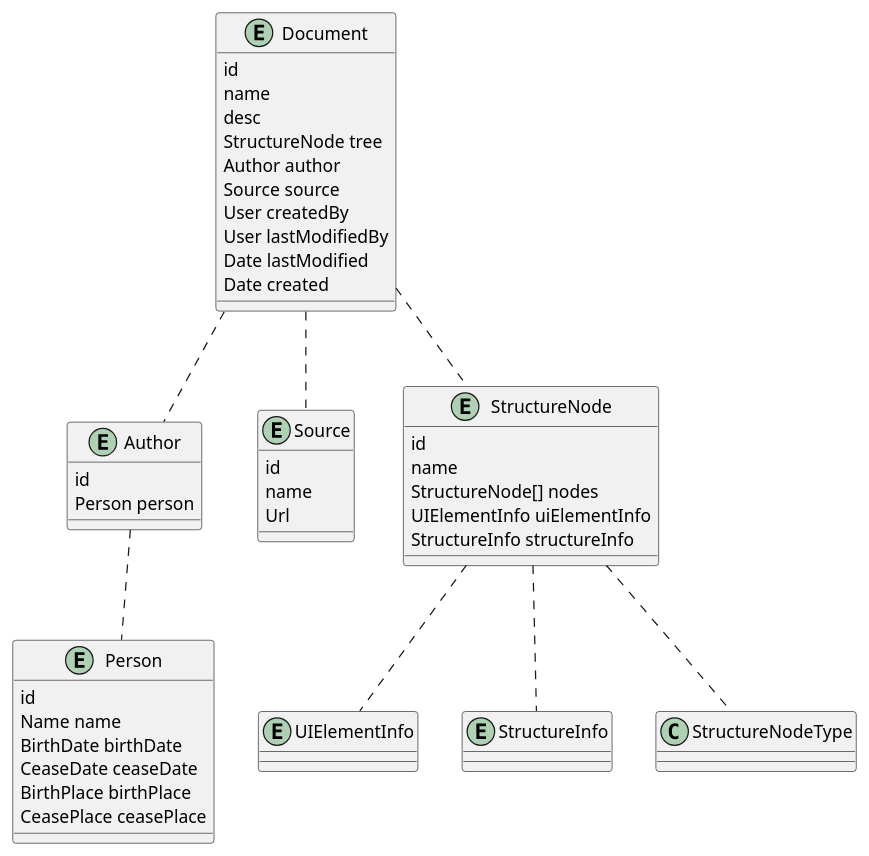
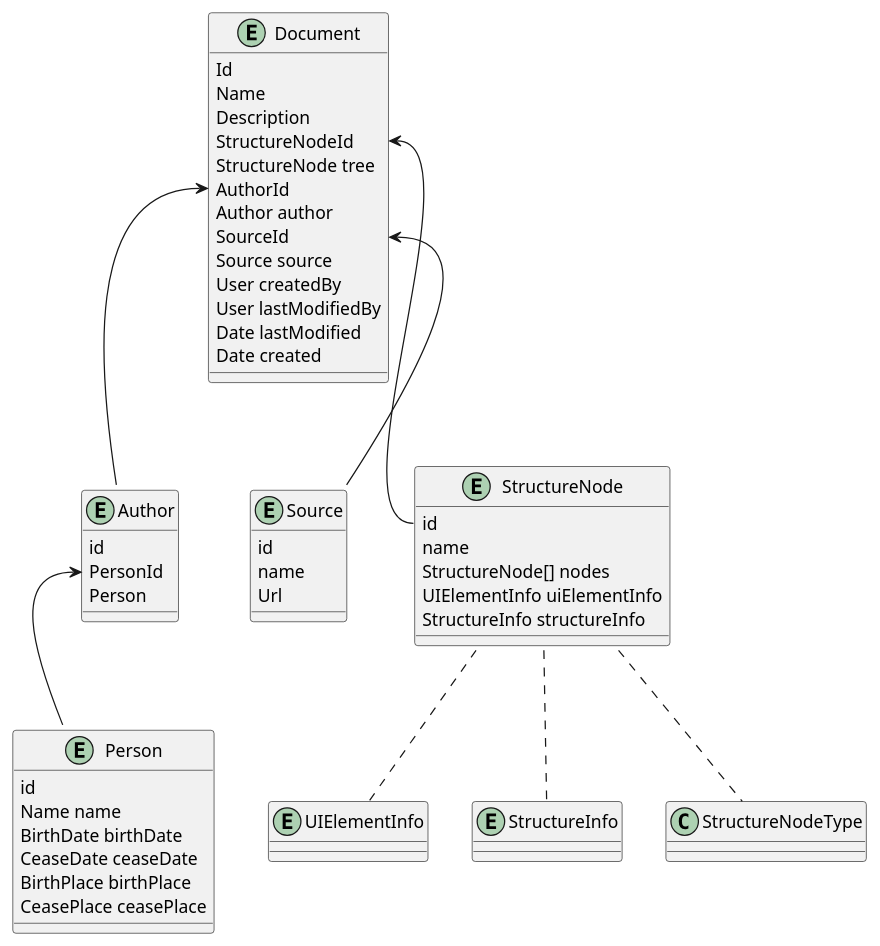
The diagram in Doc/plant_uml/Document.puml (EncyclopediaGalactica/EncyclopediaGalactica), drawn with PlantUML before and after one commit. The commit also changed 99 other files, not shown here.

```diff
--- a/Doc/plant_uml/Document.puml
+++ b/Doc/plant_uml/Document.puml
@@ -1,55 +1,59 @@
 @startuml
 
 entity Document {
-    id
-    name
-    desc
+    Id
+    Name
+    Description
+    StructureNodeId
     StructureNode tree
+    AuthorId
     Author author
+    SourceId
     Source source
     User createdBy
     User lastModifiedBy
     Date lastModified
     Date created
 }
 
 entity Author {
     id
-    Person person
+    PersonId
+    Person
 }
 
 entity Person {
     id
     Name name
     BirthDate birthDate
     CeaseDate ceaseDate
     BirthPlace birthPlace
     CeasePlace ceasePlace
 }
 
 entity Source {
     id
     name
     Url
 }
 
 entity StructureNode {
     id
     name
     StructureNode[] nodes
     UIElementInfo uiElementInfo
     StructureInfo structureInfo
 }
 
 entity UIElementInfo {}
 entity StructureInfo {}
 
-Document .. StructureNode
-Document .. Author
-Document .. Source
-Author .. Person
+Document::StructureNodeId <-- StructureNode::id
+Document::AuthorId <-- Author::Id
+Document::SourceId <-- Source::Id
+Author::PersonId <-- Person::Id
 StructureNode .. StructureNodeType
 StructureNode .. UIElementInfo
 StructureNode .. StructureInfo
 
 @enduml
```
